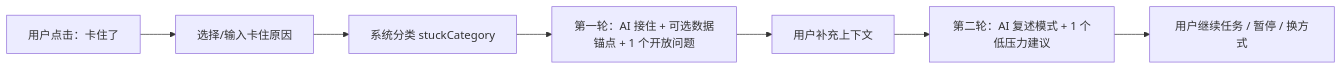
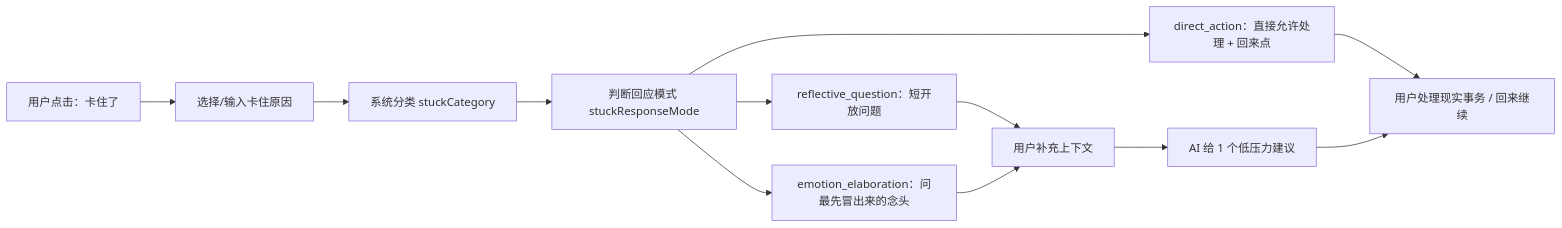
One commit to lumia-zhu/adhdplanner_windows changed the diagram in docs/stuck-support-prompt.md. Above: the diagram before and after it, drawn with Mermaid. The commit also changed other lines of this file and 7 other files, not shown here.

````diff
--- a/docs/stuck-support-prompt.md
+++ b/docs/stuck-support-prompt.md
@@ -30,9 +30,14 @@
 ```mermaid
 flowchart LR
   A["用户点击：卡住了"] --> B["选择/输入卡住原因"]
   B --> C["系统分类 stuckCategory"]
-  C --> D["第一轮：AI 接住 + 可选数据锚点 + 1 个开放问题"]
-  D --> E["用户补充上下文"]
-  E --> F["第二轮：AI 复述模式 + 1 个低压力建议"]
-  F --> G["用户继续任务 / 暂停 / 换方式"]
+  C --> D["判断回应模式 stuckResponseMode"]
+  D --> E["direct_action：直接允许处理 + 回来点"]
+  D --> F["reflective_question：短开放问题"]
+  D --> G["emotion_elaboration：问最先冒出来的念头"]
+  F --> H["用户补充上下文"]
+  G --> H
+  H --> I["AI 给 1 个低压力建议"]
+  E --> J["用户处理现实事务 / 回来继续"]
+  I --> J
 ```
````
